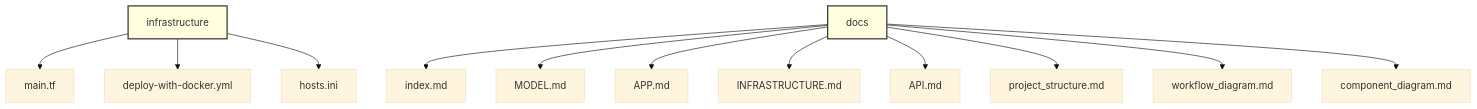
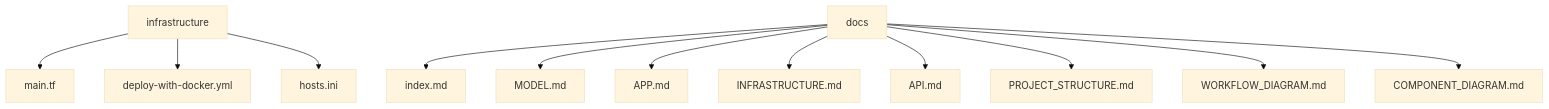
One commit to Dylalva/TeenSmartInsight changed the seventh of 7 diagrams in docs/PROJECT_STRUCTURE.md. Above: the diagram before and after it, drawn with Mermaid (base theme). The commit also changed other lines of this file and 5 other files, not shown here.

````diff
--- a/docs/PROJECT_STRUCTURE.md
+++ b/docs/PROJECT_STRUCTURE.md
@@ -120,18 +105,15 @@
 ```mermaid
 graph TD
     E[infrastructure] --> E1[main.tf]
     E --> E2[deploy-with-docker.yml]
     E --> E3[hosts.ini]
     
     J[docs] --> J1[index.md]
     J --> J2[MODEL.md]
     J --> J3[APP.md]
     J --> J4[INFRASTRUCTURE.md]
     J --> J5[API.md]
-    J --> J6[project_structure.md]
-    J --> J7[workflow_diagram.md]
-    J --> J8[component_diagram.md]
-    
-    style E fill:#ffd,stroke:#333,stroke-width:2px
-    style J fill:#ffd,stroke:#333,stroke-width:2px
+    J --> J6[PROJECT_STRUCTURE.md]
+    J --> J7[WORKFLOW_DIAGRAM.md]
+    J --> J8[COMPONENT_DIAGRAM.md]
 ```
````
